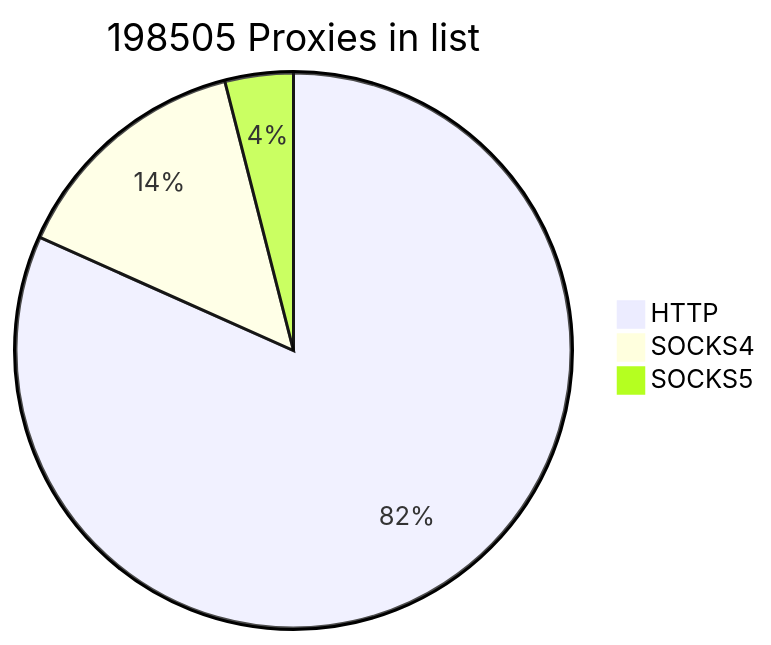
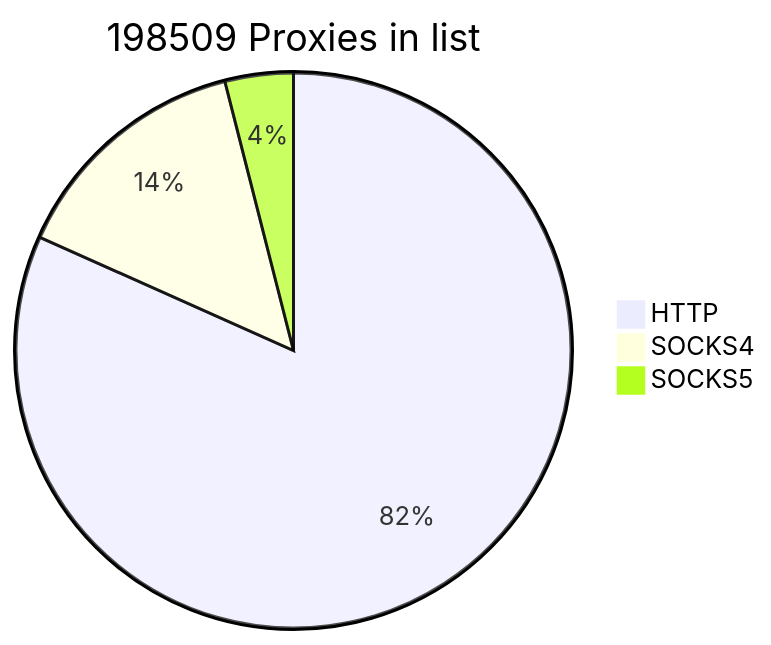
The first of 2 diagrams in README.md (cutipu/proxylist), drawn with Mermaid before and after one commit. The commit also changed other lines of this file, not shown here.

````diff
--- a/README.md
+++ b/README.md
@@ -2,7 +2,7 @@
 ```mermaid
-pie title 198505 Proxies in list
-    "HTTP" : 162131
-    "SOCKS4" : 28484
-    "SOCKS5" : 7890
+pie title 198509 Proxies in list
+    "HTTP" : 162136
+    "SOCKS4" : 28485
+    "SOCKS5" : 7888
             
 ```
````
